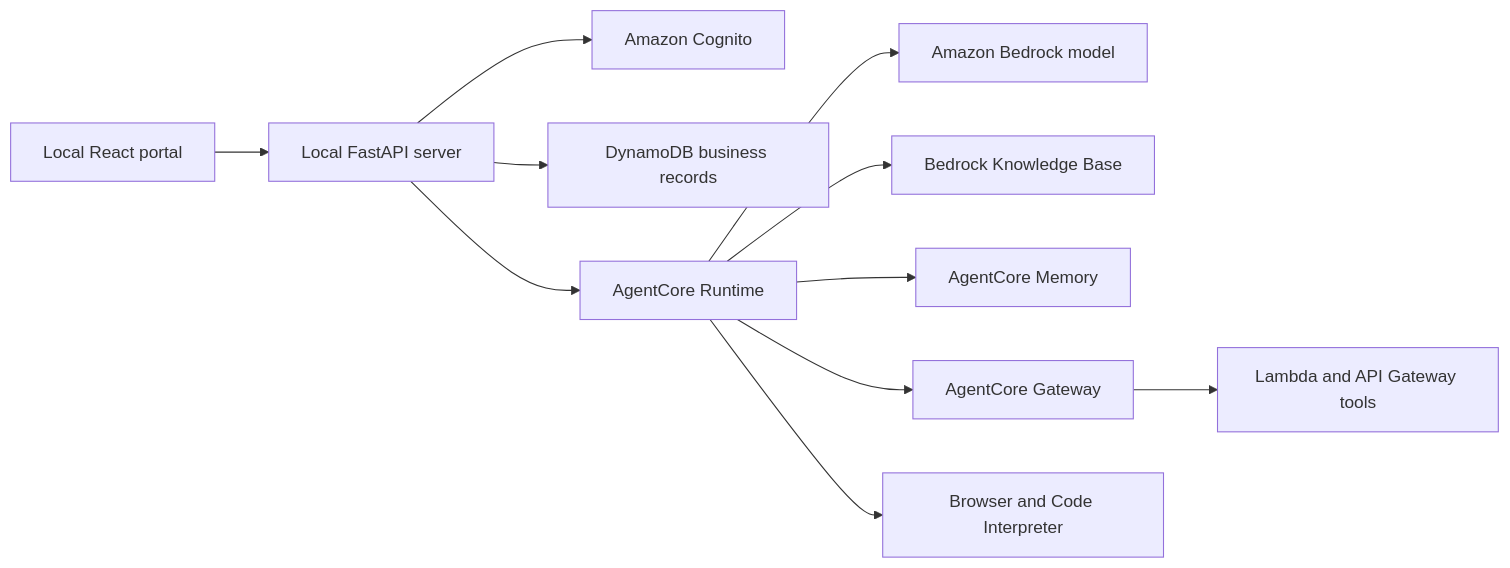
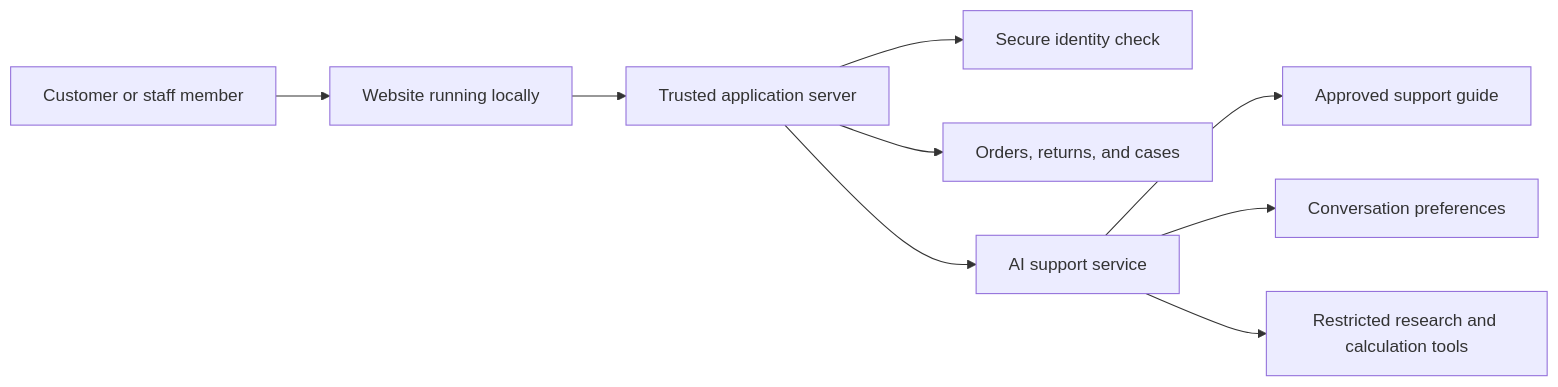
The first of 2 diagrams in README.md (abdalrahmanattya/ai-support-agent), drawn with Mermaid before and after one commit. The commit also changed other lines of this file, not shown here.

Commit message:
docs: make the project guide accessible end to end

````diff
--- a/README.md
+++ b/README.md
@@ -21,13 +66,11 @@
 ```mermaid
 flowchart LR
-  Browser[Local React portal] --> API[Local FastAPI server]
-  API --> Cognito[Amazon Cognito]
-  API --> Data[DynamoDB business records]
-  API --> Runtime[AgentCore Runtime]
-  Runtime --> Model[Amazon Bedrock model]
-  Runtime --> KB[Bedrock Knowledge Base]
-  Runtime --> Memory[AgentCore Memory]
-  Runtime --> Gateway[AgentCore Gateway]
-  Runtime --> Sandboxes[Browser and Code Interpreter]
-  Gateway --> Tools[Lambda and API Gateway tools]
+  Person[Customer or staff member] --> Screen[Website running locally]
+  Screen --> Server[Trusted application server]
+  Server --> Login[Secure identity check]
+  Server --> Records[Orders, returns, and cases]
+  Server --> Assistant[AI support service]
+  Assistant --> Guide[Approved support guide]
+  Assistant --> Memory[Conversation preferences]
+  Assistant --> SafeTools[Restricted research and calculation tools]
 ```
````
